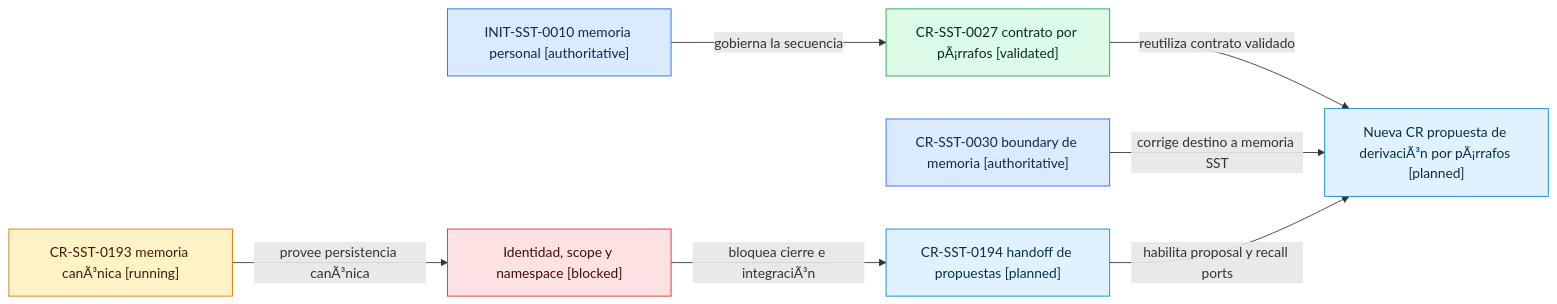
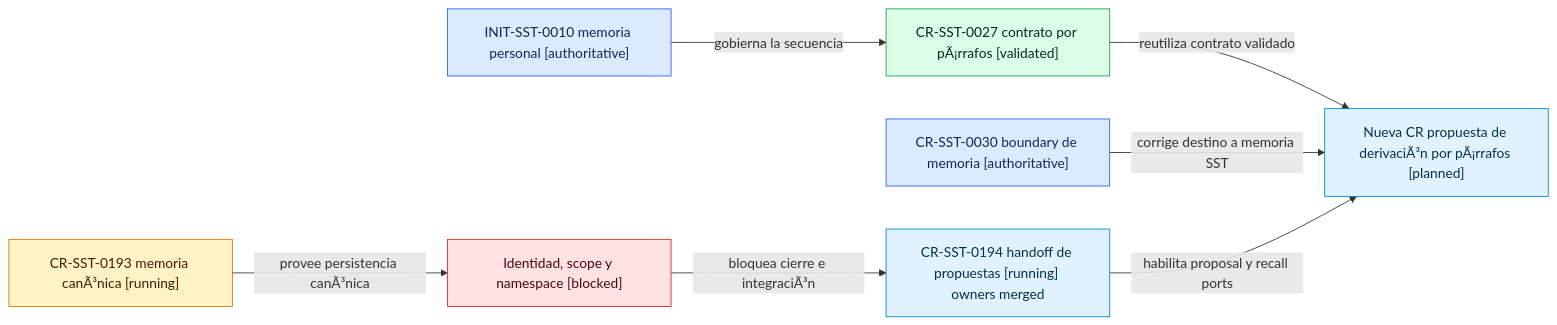
Before and after one commit to afpogo/4uentes-ards-control-plane: the first of 3 diagrams in docs/projects/sst/propuesta-derivacion-secuencial-por-parrafos.md, drawn with Mermaid. The commit also changed other lines of this file and 4 other files, not shown here.

````diff
--- a/docs/projects/sst/propuesta-derivacion-secuencial-por-parrafos.md
+++ b/docs/projects/sst/propuesta-derivacion-secuencial-por-parrafos.md
@@ -43,28 +44,28 @@
 ```mermaid
 flowchart LR
     I["INIT-SST-0010 memoria personal [authoritative]"]
     D["CR-SST-0027 contrato por pÃ¡rrafos [validated]"]
     C["CR-SST-0030 boundary de memoria [authoritative]"]
     M["CR-SST-0193 memoria canÃ³nica [running]"]
     B["Identidad, scope y namespace [blocked]"]
-    H["CR-SST-0194 handoff de propuestas [planned]"]
+    H["CR-SST-0194 handoff de propuestas [running] owners merged"]
     P["Nueva CR propuesta de derivaciÃ³n por pÃ¡rrafos [planned]"]
 
     I -->|"gobierna la secuencia"| D
     D -->|"reutiliza contrato validado"| P
     C -->|"corrige destino a memoria SST"| P
     M -->|"provee persistencia canÃ³nica"| B
     B -->|"bloquea cierre e integraciÃ³n"| H
     H -->|"habilita proposal y recall ports"| P
 
     classDef authoritative fill:#dbeafe,stroke:#2563eb,color:#172554
     classDef validated fill:#dcfce7,stroke:#16a34a,color:#052e16
     classDef running fill:#fef3c7,stroke:#d97706,color:#451a03
     classDef blocked fill:#fee2e2,stroke:#dc2626,color:#450a0a
     classDef planned fill:#e0f2fe,stroke:#0284c7,color:#082f49
     class I,C authoritative
     class D validated
     class M running
     class B blocked
     class H,P planned
 ```
````
